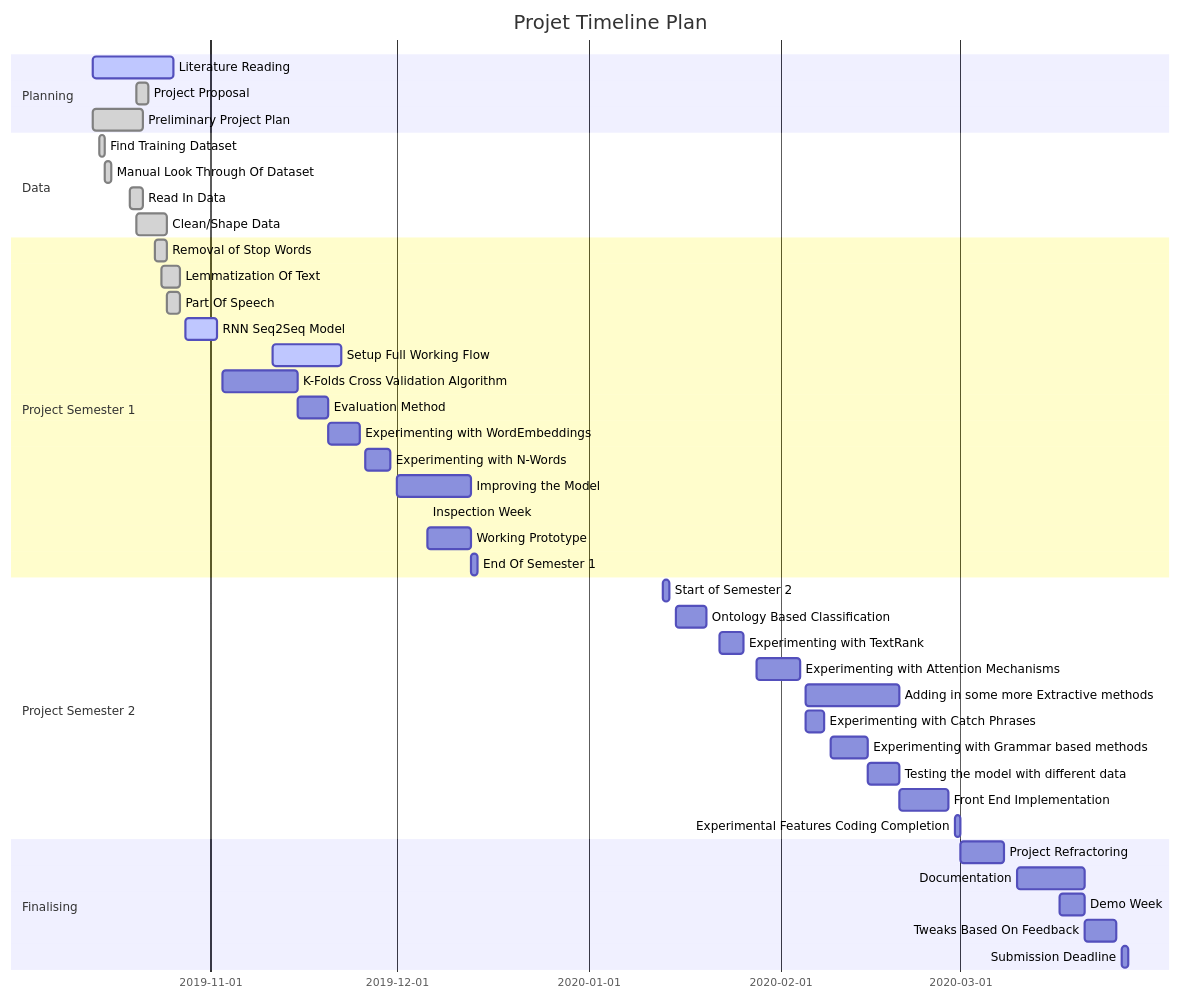
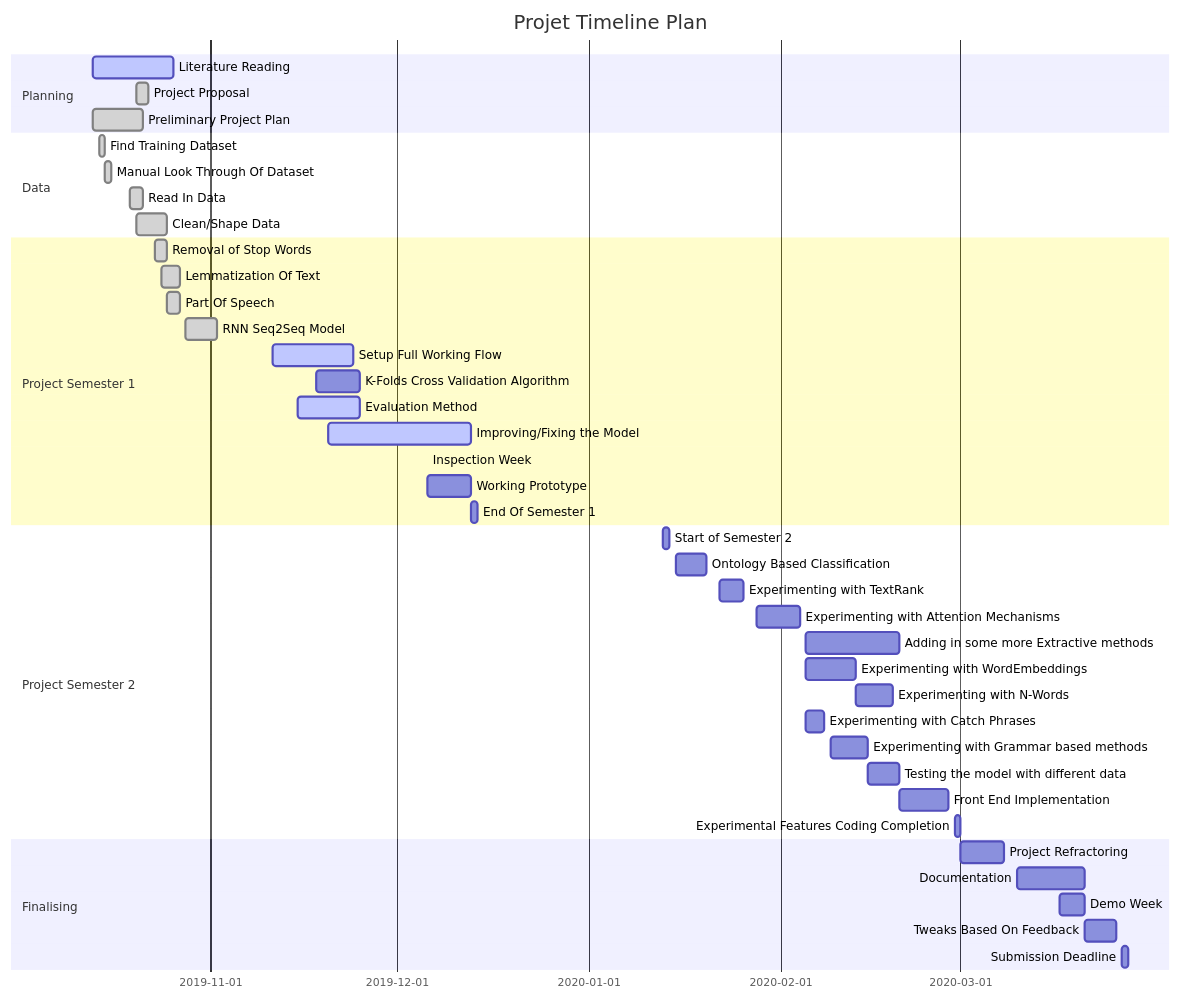
One commit to bmistry12/text-summarisation changed the diagram in README.md. Above: the diagram before and after it, drawn with Mermaid. The commit also changed 11 other files, not shown here.

Commit message:
added completed model (with full flow), altering data processing to deal with taking in batches of data

````diff
--- a/README.md
+++ b/README.md
@@ -34,51 +34,51 @@
 ```mermaid
 gantt
 dateFormat  YYYY-MM-DD
 title Projet Timeline Plan
 
 
 section Planning
 Literature Reading                      :active,  des1, 2019-10-13, 2019-10-26
 Project Proposal                        :done,    des1, 2019-10-20, 2019-10-22
 Preliminary Project Plan                :done,    des1, 2019-10-13, 2019-10-21
 
 section Data                  
 Find Training Dataset                   :done,    des1, 2019-10-14, 2019-10-15
 Manual Look Through Of Dataset          :done,    des1, 2019-10-15, 2019-10-16
 Read In Data                            :done,    des1, 2019-10-19, 2019-10-21
 Clean/Shape Data                        :done,   des1, 2019-10-20, 2019-10-25
 
 section Project Semester 1
 Removal of Stop Words                   :done,    des1, 2019-10-23, 2019-10-25
 Lemmatization Of Text                   :done,    des1, 2019-10-24, 2019-10-27
 Part Of Speech                          :done,    des1, 2019-10-25, 2019-10-27
-RNN Seq2Seq Model                       :active,  des1, 2019-10-28, 2019-11-02
-Setup Full Working Flow                 :active,  des1, 2019-11-11, 2019-11-22
-K-Folds Cross Validation Algorithm      :         des1, 2019-11-03, 2019-11-15
-Evaluation Method                       :         des1, 2019-11-15, 2019-11-20
-Experimenting with WordEmbeddings       :         des1, 2019-11-20, 2019-11-25
-Experimenting with N-Words              :         des1, 2019-11-26, 2019-11-30
-Improving the Model                     :         des1, 2019-12-01, 2019-12-13
+RNN Seq2Seq Model                       :done,    des1, 2019-10-28, 2019-11-02
+Setup Full Working Flow                 :active,  des1, 2019-11-11, 2019-11-24
+K-Folds Cross Validation Algorithm      :         des1, 2019-11-18, 2019-11-25
+Evaluation Method                       :active,  des1, 2019-11-15, 2019-11-25
+Improving/Fixing the Model              :active,  des1, 2019-11-20, 2019-12-13
 Inspection Week                         :         des1, 2019-12-13, 2019-12-06
 Working Prototype                       :         des1, 2019-12-06, 2019-12-13
 End Of Semester 1                       :         des1, 2019-12-13, 1d
 
 section Project Semester 2
 Start of Semester 2                     :         des1, 2020-01-13, 1d
 Ontology Based Classification           :         des1, 2020-01-15, 2020-01-20
 Experimenting with TextRank             :         des1, 2020-01-22, 2020-01-26
 Experimenting with Attention Mechanisms :         des1, 2020-01-28, 2020-02-04
 Adding in some more Extractive methods  :         des1, 2020-02-05, 2020-02-20
+Experimenting with WordEmbeddings       :         des1, 2020-02-05, 2020-02-13
+Experimenting with N-Words              :         des1, 2020-02-13, 2020-02-19
 Experimenting with Catch Phrases        :         des1, 2020-02-05, 2020-02-08
 Experimenting with Grammar based methods:         des1, 2020-02-09, 2020-02-15
 Testing the model with different data   :         des1, 2020-02-15, 2020-02-20 
 Front End Implementation                :         des1, 2020-02-20, 2020-02-28
 Experimental Features Coding Completion :         des1, 2020-02-29, 1d
 
 Section Finalising
 Project Refractoring                    :         des1, 2020-03-01, 2020-03-08
 Documentation                           :         des1, 2020-03-10, 2020-03-21
 Demo Week                               :         des1, 2020-03-17, 2020-03-21
 Tweaks Based On Feedback                :         des1, 2020-03-21, 2020-03-26
 Submission Deadline                     :         des1, 2020-03-27, 1d
 ```
````
